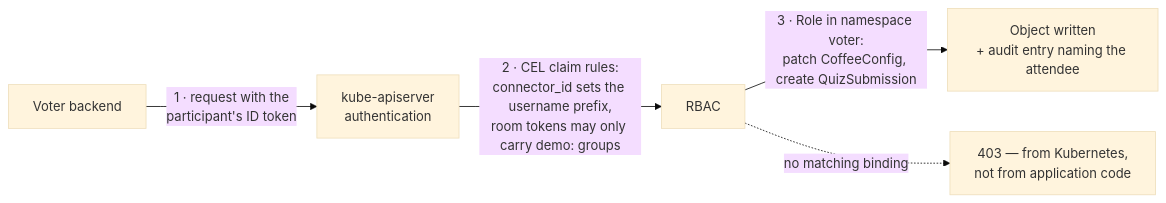
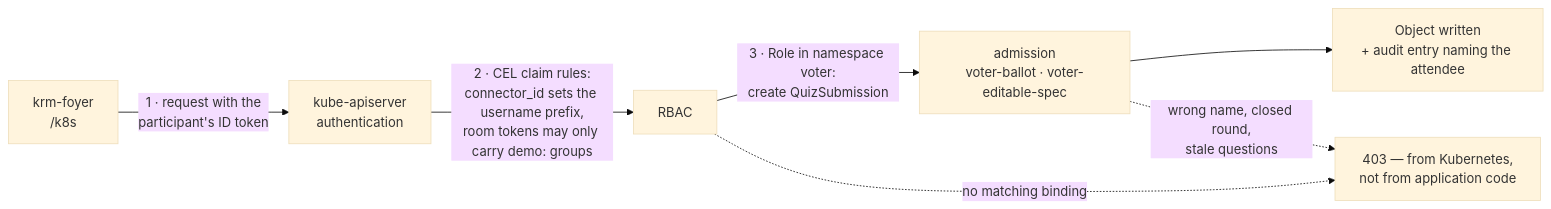
The second of 4 diagrams in docs/presentation-diagrams.md (sunib/voter), drawn with Mermaid (base theme) before and after one commit. The commit also changed other lines of this file and 23 other files, not shown here.

First line of the commit message:
docs: the system as it runs after the krm-foyer cutover (#29)

````diff
--- a/docs/presentation-diagrams.md
+++ b/docs/presentation-diagrams.md
@@ -84,7 +91,9 @@
 ```mermaid
 flowchart LR
-    V["Voter backend"] -->|"1 · request with the<br/>participant's ID token"| A["kube-apiserver<br/>authentication"]
+    V["krm-foyer<br/>/k8s"] -->|"1 · request with the<br/>participant's ID token"| A["kube-apiserver<br/>authentication"]
     A -->|"2 · CEL claim rules:<br/>connector_id sets the username prefix,<br/>room tokens may only carry demo: groups"| R["RBAC"]
-    R -->|"3 · Role in namespace voter:<br/>patch CoffeeConfig, create QuizSubmission"| O["Object written<br/>+ audit entry naming the attendee"]
+    R -->|"3 · Role in namespace voter:<br/>create QuizSubmission"| AD["admission<br/>voter-ballot · voter-editable-spec"]
+    AD --> O["Object written<br/>+ audit entry naming the attendee"]
     R -.->|"no matching binding"| X["403 — from Kubernetes,<br/>not from application code"]
+    AD -.->|"wrong name, closed round,<br/>stale questions"| X
 ```
````
